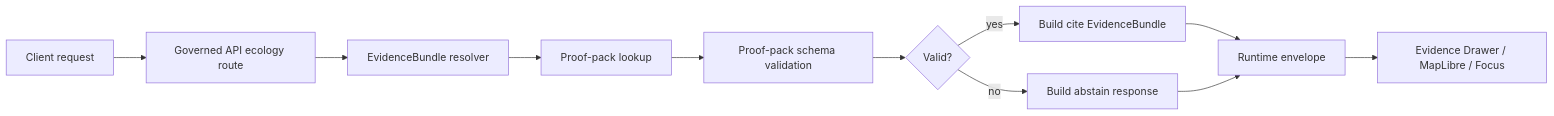
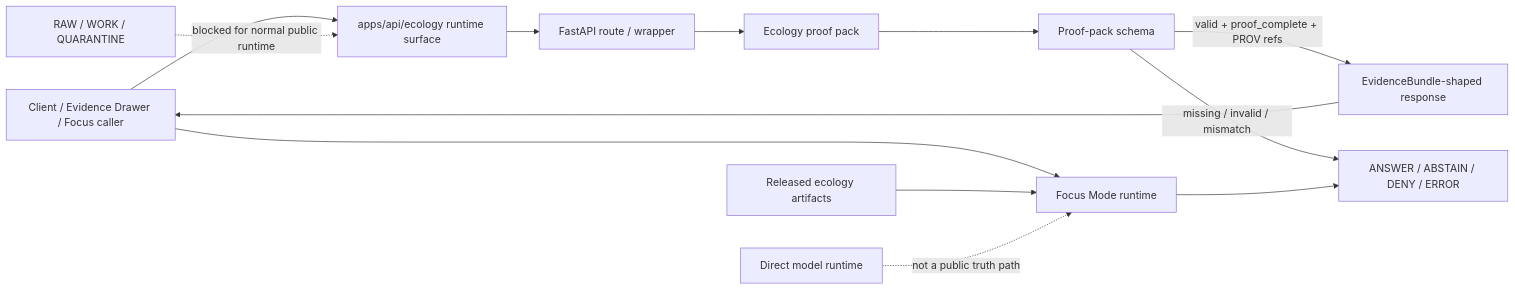
One commit to bartytime4life/Kansas-Frontier-Matrix changed the diagram in apps/api/ecology/README.md. Above: the diagram before and after it, drawn with Mermaid. The commit also changed other lines of this file, not shown here.

````diff
--- a/apps/api/ecology/README.md
+++ b/apps/api/ecology/README.md
@@ -288,13 +207,27 @@
 ```mermaid
 flowchart LR
-  A[Client request] --> B[Governed API ecology route]
-  B --> C[EvidenceBundle resolver]
-  C --> D[Proof-pack lookup]
-  D --> E[Proof-pack schema validation]
-  E --> F{Valid?}
-  F -->|yes| G[Build cite EvidenceBundle]
-  F -->|no| H[Build abstain response]
-  G --> I[Runtime envelope]
-  H --> I
-  I --> J[Evidence Drawer / MapLibre / Focus]
+  Client[Client / Evidence Drawer / Focus caller]
+  API[apps/api/ecology runtime surface]
+  Route[FastAPI route / wrapper]
+  Proof[Ecology proof pack]
+  Schema[Proof-pack schema]
+  Bundle[EvidenceBundle-shaped response]
+  Focus[Focus Mode runtime]
+  Published[Released ecology artifacts]
+  Outcome[ANSWER / ABSTAIN / DENY / ERROR]
+
+  Client --> API
+  API --> Route
+  Route --> Proof
+  Proof --> Schema
+  Schema -->|valid + proof_complete + PROV refs| Bundle
+  Schema -->|missing / invalid / mismatch| Outcome
+  Bundle --> Client
+
+  Client --> Focus
+  Published --> Focus
+  Focus --> Outcome
+
+  Raw[RAW / WORK / QUARANTINE] -. blocked for normal public runtime .-> API
+  Model[Direct model runtime] -. not a public truth path .-> Focus
 ```
````
